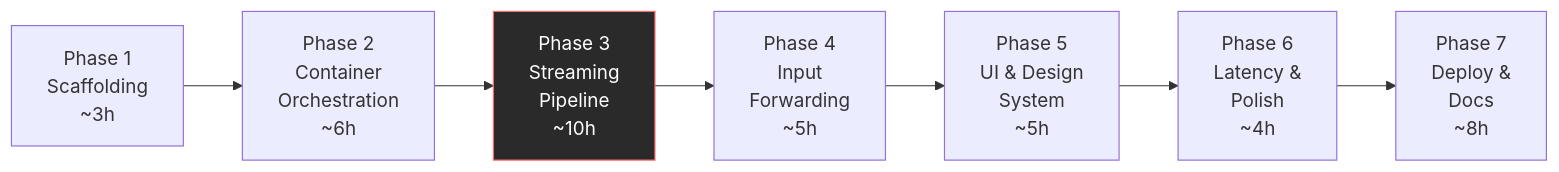
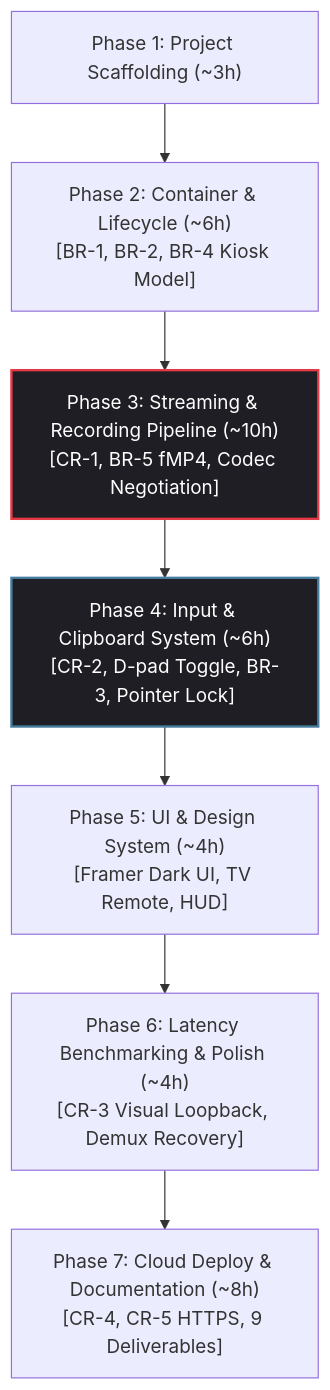
One commit to ayush-yadavv/android-browser-stream changed the fourth of 4 diagrams in IMPLEMENTATION_PLAN.md. Above: the diagram before and after it, drawn with Mermaid. The commit also changed other lines of this file and 81 other files, not shown here.

First line of the commit message:
feat: add Dashboard and Session pages with session management and latency benchmarking

````diff
--- a/IMPLEMENTATION_PLAN.md
+++ b/IMPLEMENTATION_PLAN.md
@@ -598,11 +399,12 @@
 ```mermaid
-flowchart LR
-    P1["Phase 1\nScaffolding\n~3h"] --> P2["Phase 2\nContainer\nOrchestration\n~6h"]
-    P2 --> P3["Phase 3\nStreaming\nPipeline\n~10h"]
-    P3 --> P4["Phase 4\nInput\nForwarding\n~5h"]
-    P4 --> P5["Phase 5\nUI & Design\nSystem\n~5h"]
-    P5 --> P6["Phase 6\nLatency &\nPolish\n~4h"]
-    P6 --> P7["Phase 7\nDeploy &\nDocs\n~8h"]
+flowchart TD
+    P1["Phase 1: Project Scaffolding (~3h)"] --> P2["Phase 2: Container & Lifecycle (~6h)\n[BR-1, BR-2, BR-4 Kiosk Model]"]
+    P2 --> P3["Phase 3: Streaming & Recording Pipeline (~10h)\n[CR-1, BR-5 fMP4, Codec Negotiation]"]
+    P3 --> P4["Phase 4: Input & Clipboard System (~6h)\n[CR-2, D-pad Toggle, BR-3, Pointer Lock]"]
+    P4 --> P5["Phase 5: UI & Design System (~4h)\n[Framer Dark UI, TV Remote, HUD]"]
+    P5 --> P6["Phase 6: Latency Benchmarking & Polish (~4h)\n[CR-3 Visual Loopback, Demux Recovery]"]
+    P6 --> P7["Phase 7: Cloud Deploy & Documentation (~8h)\n[CR-4, CR-5 HTTPS, 9 Deliverables]"]
 
-    style P3 fill:#2a2a2a,stroke:#ff6b6b,color:#fff
+    style P3 fill:#1e1e24,stroke:#e63946,stroke-width:2px,color:#fff
+    style P4 fill:#1e1e24,stroke:#457b9d,stroke-width:2px,color:#fff
 ```
````
